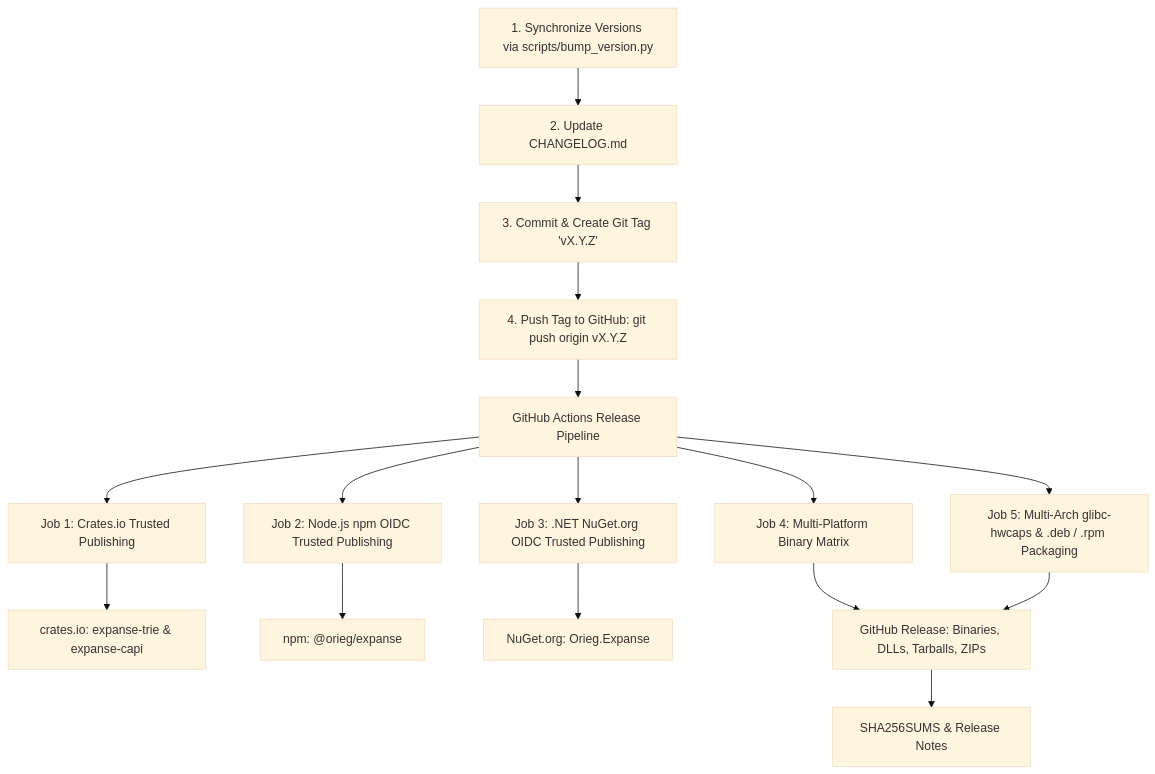
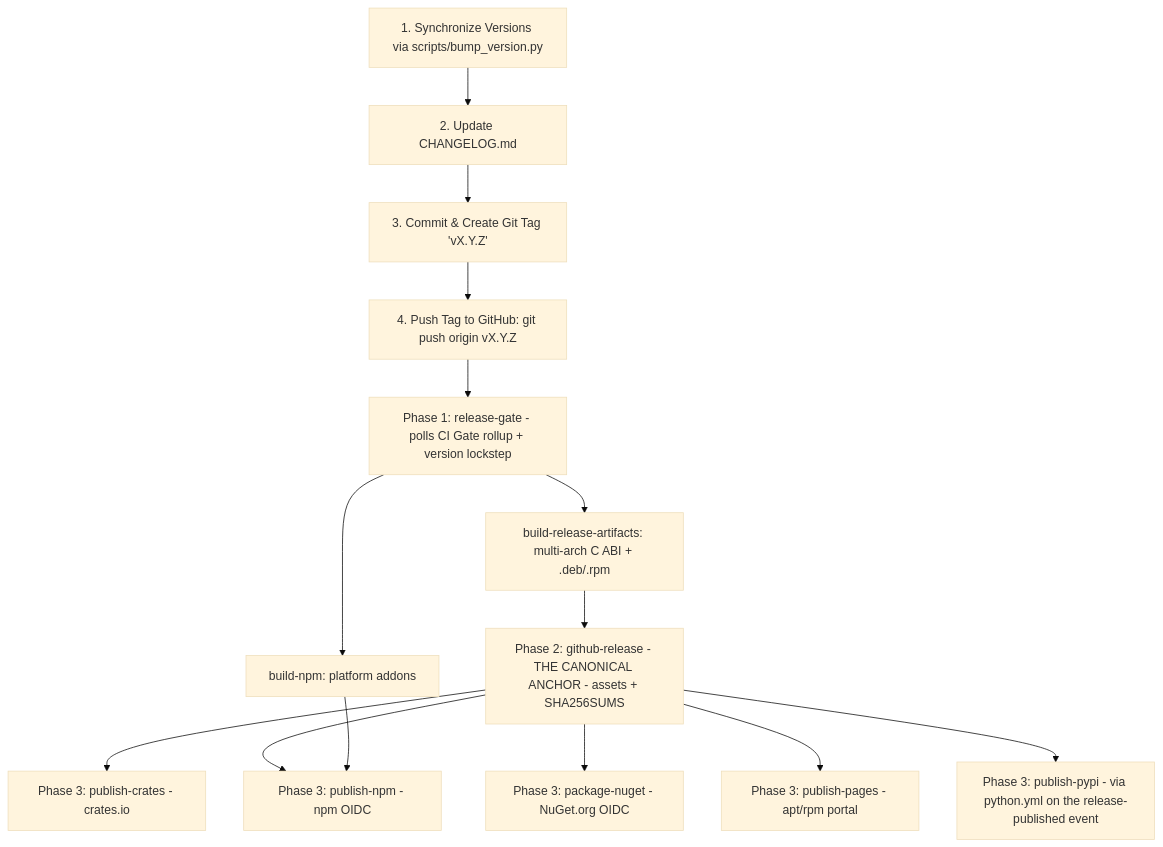
The diagram in docs/PACKAGING.md (orieg/expanse), drawn with Mermaid (base theme) before and after one commit. The commit also changed other lines of this file and 2 other files, not shown here.

First paragraph of the commit message:
fix(release): anchor-first DAG, gate polling, PyPI single-anchor, canary dry-run (#313)
Completes the #313 redesign on top of #314's minimal decouple:

````diff
--- a/docs/PACKAGING.md
+++ b/docs/PACKAGING.md
@@ -14,20 +16,18 @@
 ```mermaid
 graph TD
     A[1. Synchronize Versions via scripts/bump_version.py] --> B[2. Update CHANGELOG.md]
     B --> C[3. Commit & Create Git Tag 'vX.Y.Z']
     C --> D[4. Push Tag to GitHub: git push origin vX.Y.Z]
-    D --> E[GitHub Actions Release Pipeline]
-    
-    E --> F[Job 1: Crates.io Trusted Publishing]
-    E --> G[Job 2: Node.js npm OIDC Trusted Publishing]
-    E --> H[Job 3: .NET NuGet.org OIDC Trusted Publishing]
-    E --> I[Job 4: Multi-Platform Binary Matrix]
-    E --> J[Job 5: Multi-Arch glibc-hwcaps & .deb / .rpm Packaging]
-    
-    F --> K[crates.io: expanse-trie & expanse-capi]
-    G --> L[npm: @orieg/expanse]
-    H --> M[NuGet.org: Orieg.Expanse]
-    I --> N[GitHub Release: Binaries, DLLs, Tarballs, ZIPs]
-    J --> N
-    N --> O[SHA256SUMS & Release Notes]
+    D --> E[Phase 1: release-gate - polls CI Gate rollup + version lockstep]
+
+    E --> F[build-release-artifacts: multi-arch C ABI + .deb/.rpm]
+    E --> G[build-npm: platform addons]
+    F --> H[Phase 2: github-release - THE CANONICAL ANCHOR - assets + SHA256SUMS]
+
+    H --> I[Phase 3: publish-crates - crates.io]
+    H --> J[Phase 3: publish-npm - npm OIDC]
+    H --> K[Phase 3: package-nuget - NuGet.org OIDC]
+    H --> L[Phase 3: publish-pages - apt/rpm portal]
+    H --> M[Phase 3: publish-pypi - via python.yml on the release-published event]
+    G --> J
 ```
````
